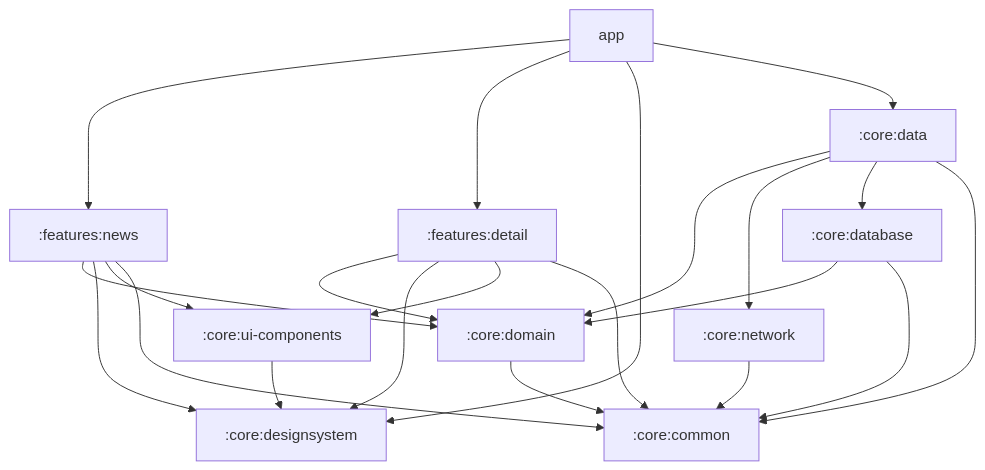
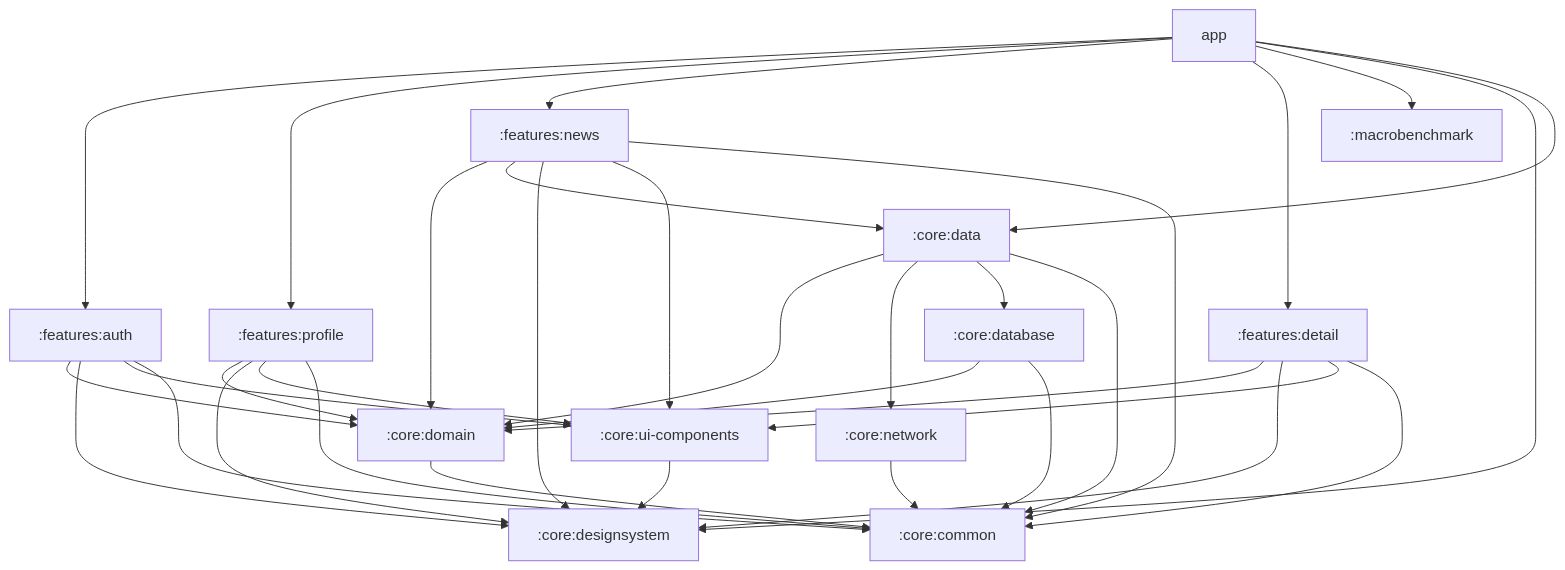
One commit to mauromarod/SpaceFlightNews changed the diagram in docs/ARCHITECTURE.md. Above: the diagram before and after it, drawn with Mermaid. The commit also changed other lines of this file and 4 other files, not shown here.

First line of the commit message:
docs: update architecture, testing strategy, database, coverage, and README for release state

````diff
--- a/docs/ARCHITECTURE.md
+++ b/docs/ARCHITECTURE.md
@@ -36,31 +36,45 @@
 ```mermaid
 graph TD
+    app --> features_auth[:features:auth]
+    app --> features_profile[:features:profile]
     app --> features_news[:features:news]
     app --> features_detail[:features:detail]
+    app --> macrobenchmark[:macrobenchmark]
     app --> core_designsystem[:core:designsystem]
 
-    features_news --> core_domain[:core:domain]
+    features_auth --> core_domain[:core:domain]
+    features_auth --> core_designsystem
+    features_auth --> core_ui_components[:core:ui-components]
+    features_auth --> core_common[:core:common]
+
+    features_profile --> core_domain
+    features_profile --> core_designsystem
+    features_profile --> core_ui_components
+    features_profile --> core_common
+
+    features_news --> core_domain
+    features_news --> core_data[:core:data]
     features_news --> core_designsystem
-    features_news --> core_ui_components[:core:ui-components]
-    features_news --> core_common[:core:common]
+    features_news --> core_ui_components
+    features_news --> core_common
 
     features_detail --> core_domain
     features_detail --> core_designsystem
     features_detail --> core_ui_components
     features_detail --> core_common
 
     core_domain --> core_common
 
-    core_data[:core:data] --> core_domain
+    core_data --> core_domain
     core_data --> core_network[:core:network]
     core_data --> core_database[:core:database]
     core_data --> core_common
 
     core_network --> core_common
     core_database --> core_domain
     core_database --> core_common
 
     core_ui_components --> core_designsystem
 
     app --> core_data
 ```
````
